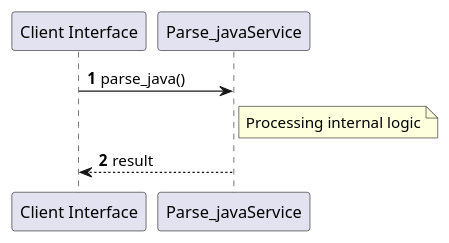
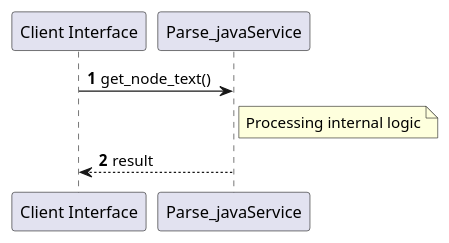
The second of 2 diagrams in openwiki/parse_java.md (lgcorzo/rust_CACD_autonomous_factory), drawn with PlantUML before and after one commit. The commit also changed other lines of this file and 100 other files, not shown here.

````diff
--- a/openwiki/parse_java.md
+++ b/openwiki/parse_java.md
@@ -58,11 +61,11 @@
 ```plantuml
 @startuml
 autonumber
 participant "Client Interface" as Caller
 participant "Parse_javaService" as Svc
-Caller -> Svc: parse_java()
+Caller -> Svc: get_node_text()
 note right of Svc: Processing internal logic
 Svc --> Caller: result
 @enduml
 
 ```
````
